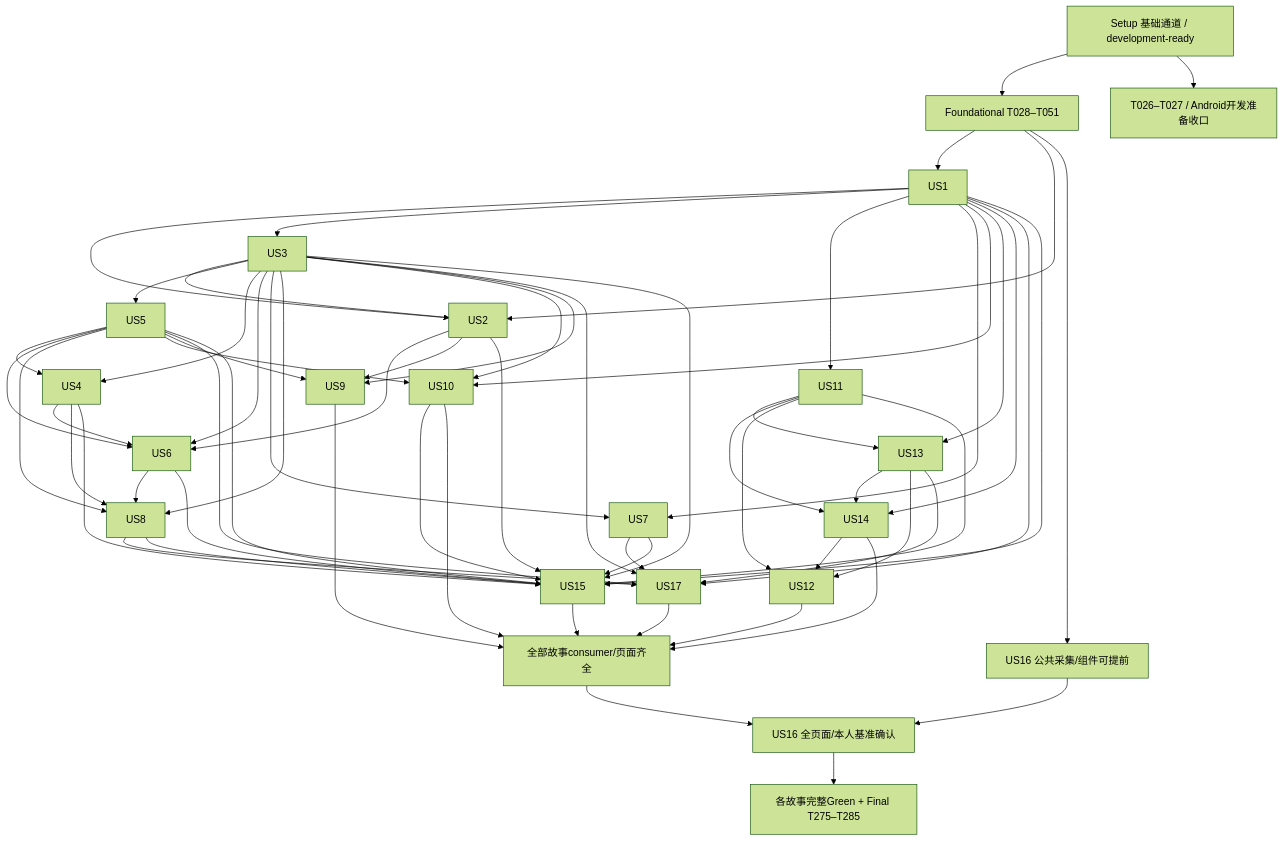
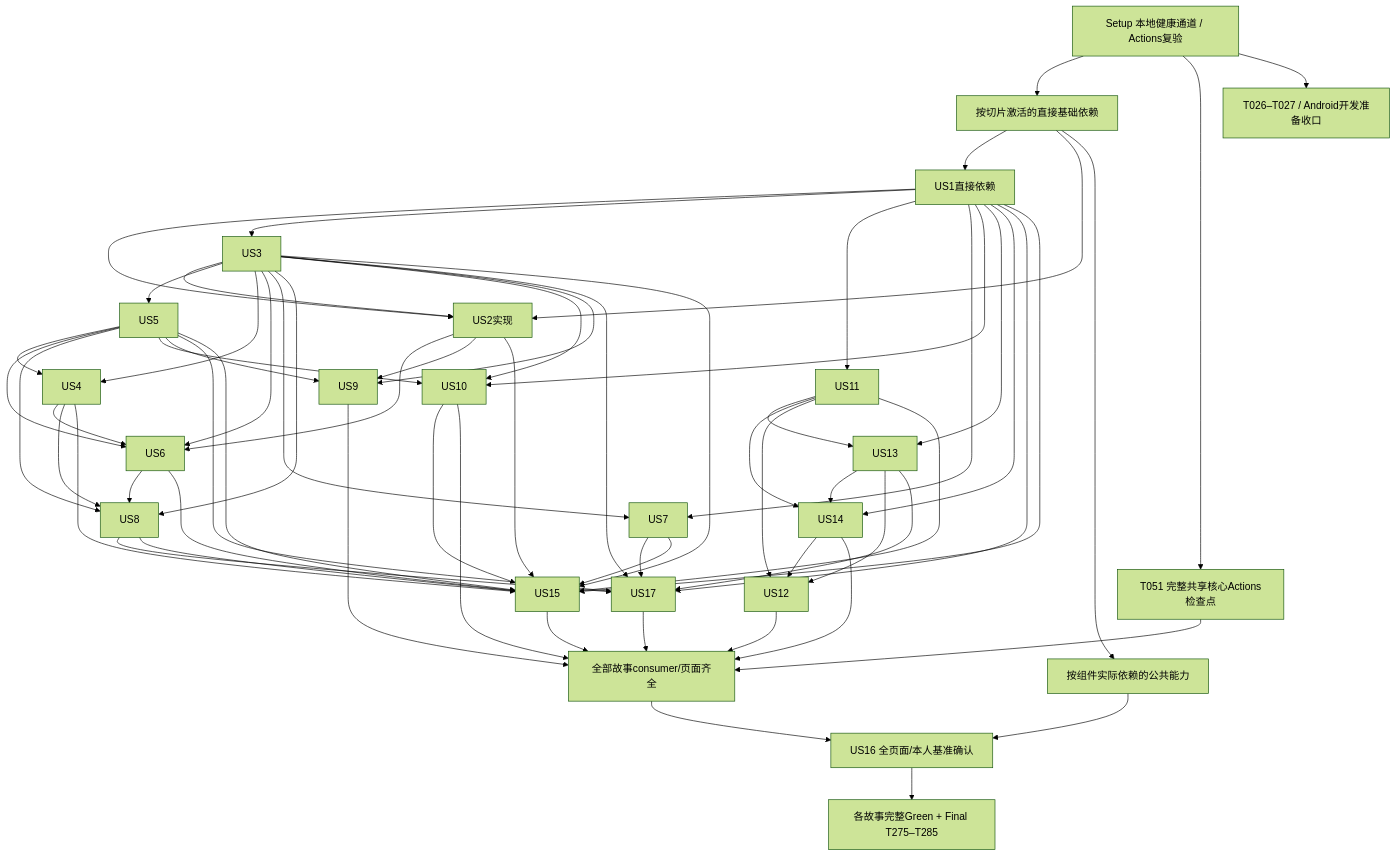
One commit to Self-Command/agora-weave changed the diagram in specs/001-agoraweave-v1/tasks.md. Above: the diagram before and after it, drawn with Mermaid (forest theme). The commit also changed other lines of this file and 34 other files, not shown here.

````diff
--- a/specs/001-agoraweave-v1/tasks.md
+++ b/specs/001-agoraweave-v1/tasks.md
@@ -756,64 +756,66 @@
 ```mermaid
 flowchart TD
-  Setup["Setup 基础通道 / development-ready"] --> F["Foundational T028–T051"]
+  Setup["Setup 本地健康通道 / Actions复验"] --> F["按切片激活的直接基础依赖"]
+  Setup --> T051["T051 完整共享核心Actions检查点"]
   Setup --> CI["T026–T027 / Android开发准备收口"]
-  F --> US1
-  F --> US2
+  F --> US1["US1直接依赖"]
+  F --> US2["US2直接依赖"]
   US1 --> US2
-  US3 --> US2
+  US3 --> US2["US2实现"]
   US1 --> US3
   US3 --> US5
   US1 --> US11
   US3 --> US4
   US5 --> US4
   US2 --> US6
   US3 --> US6
   US4 --> US6
   US5 --> US6
   US1 --> US7
   US3 --> US7
   US3 --> US8
   US5 --> US8
   US4 --> US8
   US6 --> US8
   US1 --> US10
   US3 --> US10
   US5 --> US10
   US1 --> US13
   US11 --> US13
   US1 --> US14
   US11 --> US14
   US13 --> US14
   US11 --> US12
   US13 --> US12
   US14 --> US12
   US2 --> US9
   US3 --> US9
   US5 --> US9
   US1 --> US17
   US3 --> US17
   US5 --> US17
   US7 --> US17
   US8 --> US17
   US13 --> US17
   US1 --> US15
   US2 --> US15
   US3 --> US15
   US4 --> US15
   US5 --> US15
   US6 --> US15
   US7 --> US15
   US8 --> US15
   US10 --> US15
   US11 --> US15
-  F --> UI["US16 公共采集/组件可提前"]
+  F --> UI["按组件实际依赖的公共能力"]
   US12 --> All["全部故事consumer/页面齐全"]
   US9 --> All
   US15 --> All
   US17 --> All
   US10 --> All
   US14 --> All
+  T051["T051 完整共享核心Actions检查点"] --> All
   All --> V16["US16 全页面/本人基准确认"]
   UI --> V16
   V16 --> Final["各故事完整Green + Final T275–T285"]
 ```
````
